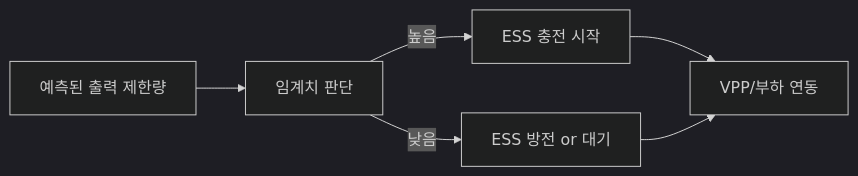
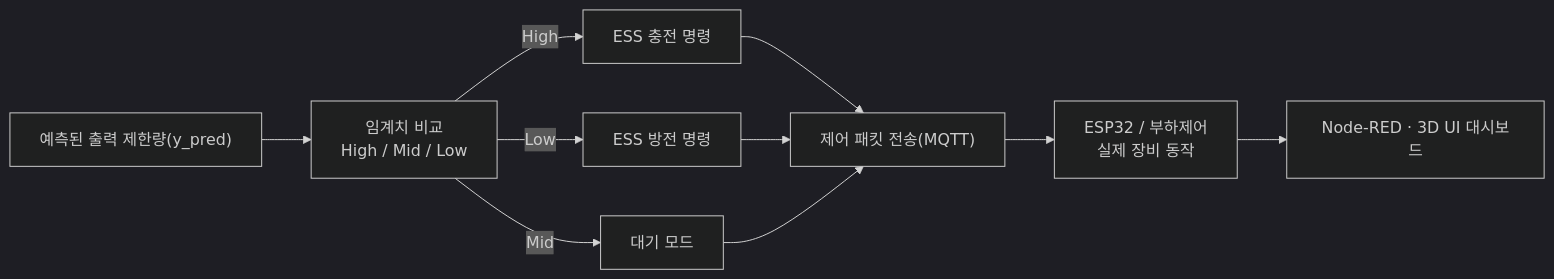
One commit to yousoo0920/ess-vpp-project changed the fifth of 6 diagrams in README.md. Above: the diagram before and after it, drawn with Mermaid (dark theme). The commit also changed other lines of this file, not shown here.

````diff
--- a/README.md
+++ b/README.md
@@ -189,8 +153,14 @@
 ```mermaid
 flowchart LR
-    PRED["예측된 출력 제한량"] --> TH["임계치 판단"]
-    TH -->|높음| CHG["ESS 충전 시작"]
-    TH -->|낮음| DSG["ESS 방전 or 대기"]
-    CHG --> U["VPP/부하 연동"]
-    DSG --> U
+    PRED["예측된 출력 제한량(y_pred)"] --> DEC["임계치 비교<br/>High / Mid / Low"]
+    DEC -->|High| CHARGE["ESS 충전 명령"]
+    DEC -->|Mid| HOLD["대기 모드"]
+    DEC -->|Low| DISCHARGE["ESS 방전 명령"]
+
+    CHARGE --> MQTT["제어 패킷 전송(MQTT)"]
+    DISCHARGE --> MQTT
+    HOLD --> MQTT
+
+    MQTT --> ESP["ESP32 / 부하제어<br/>실제 장비 동작"]
+    ESP --> UI["Node-RED · 3D UI 대시보드"]
 ```
````
